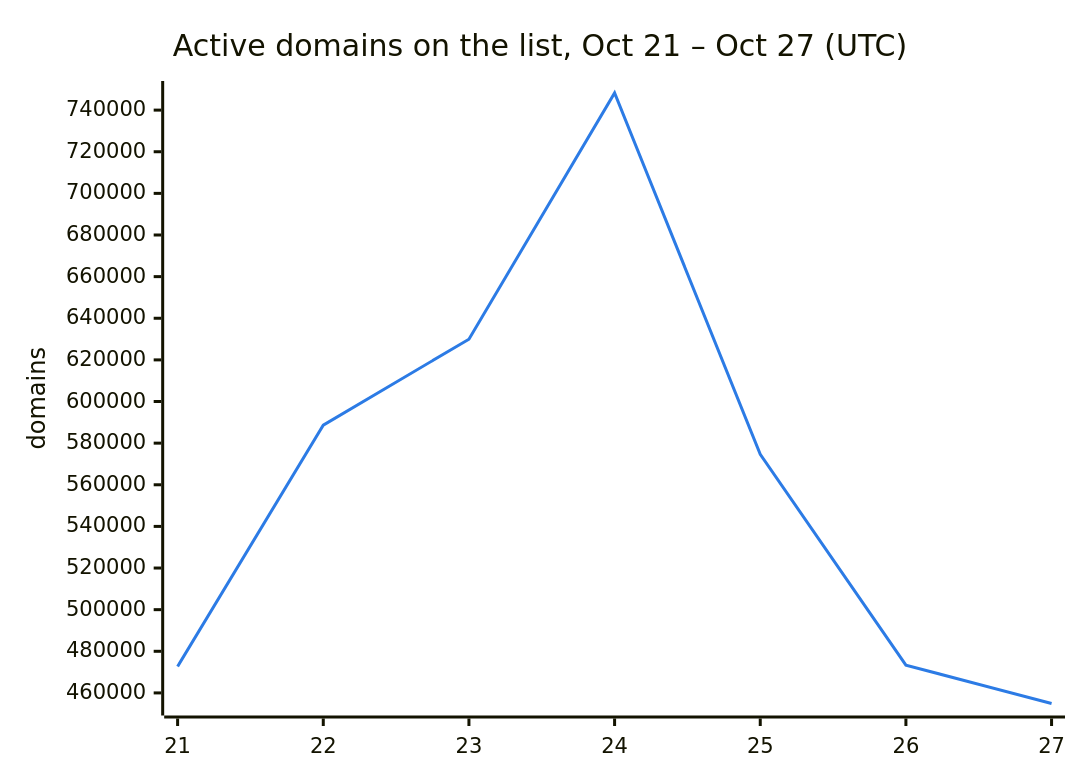
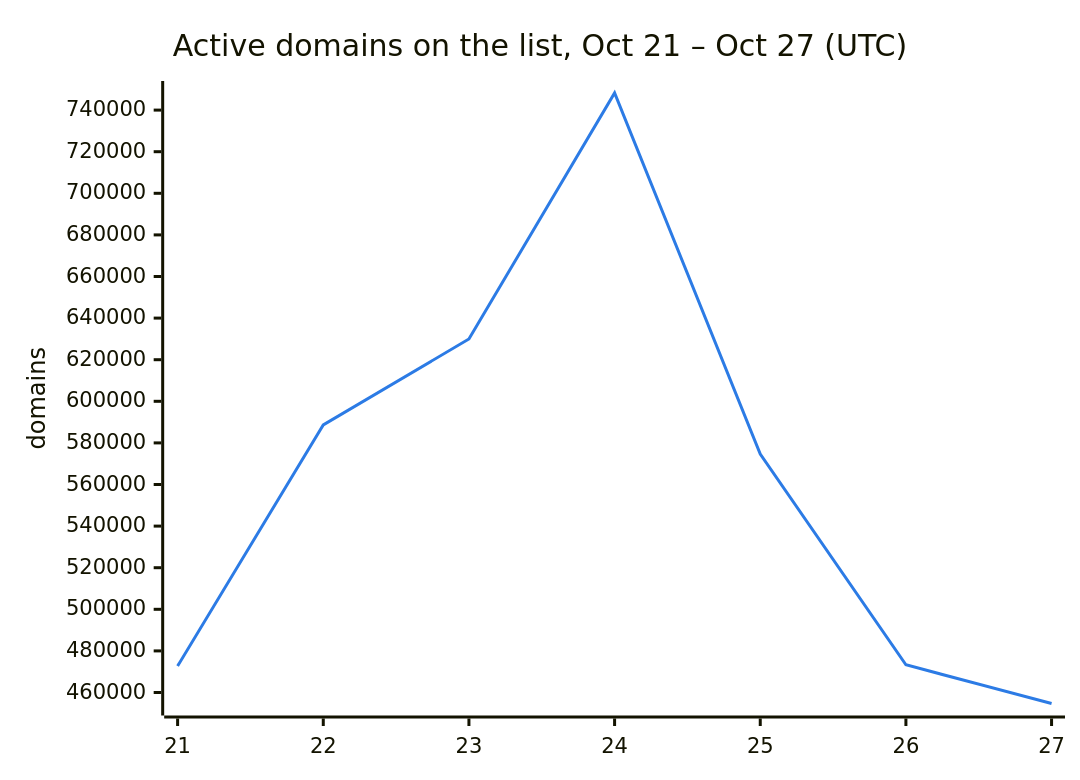
Before and after one commit to DNSBunker/CTI: the second of 3 diagrams in README.md, drawn with Mermaid. The commit also changed other lines of this file and 3 other files, not shown here.

````diff
--- a/README.md
+++ b/README.md
@@ -38,8 +38,8 @@
 ```mermaid
 %%{init: {"themeVariables": {"xyChart": {"plotColorPalette": "#2c7be5"}}}}%%
 xychart-beta
     title "Active domains on the list, Oct 21 – Oct 27 (UTC)"
     x-axis ["21", "22", "23", "24", "25", "26", "27"]
     y-axis "domains"
-    line [472713, 588659, 629951, 748222, 574614, 473331, 454918]
+    line [472713, 588659, 629951, 748222, 574614, 473331, 454715]
 ```
````
